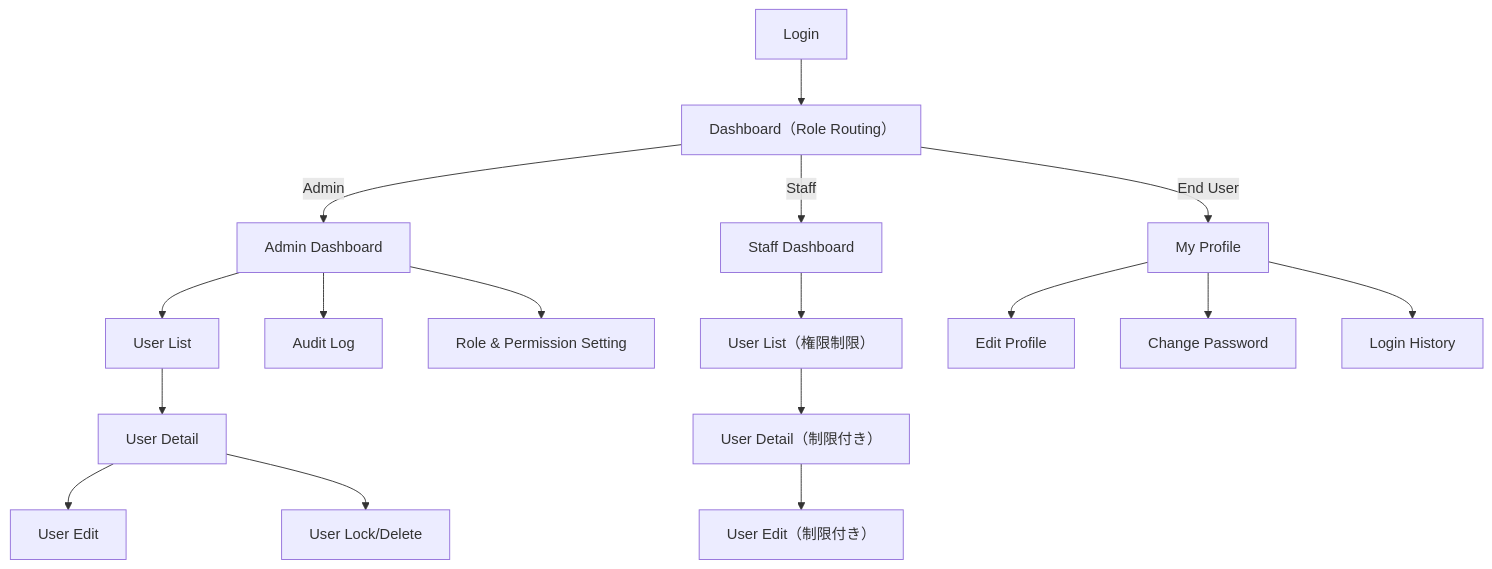
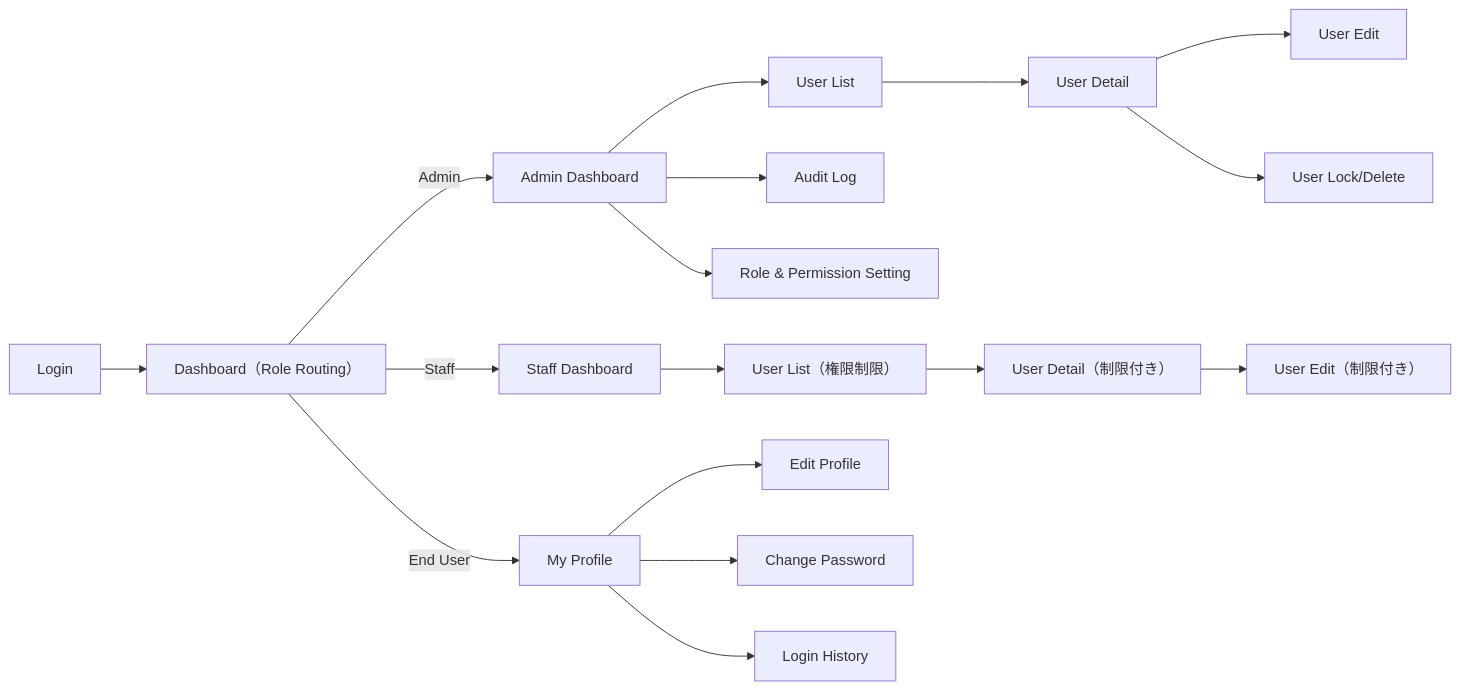
The first of 2 diagrams in docs/01-requirements/0101-system-requirements.md (hakudang/user-management-system), drawn with Mermaid before and after one commit. The commit also changed other lines of this file and 1 other file, not shown here.

Commit message:
feat(docs): update flowchart direction in system requirements and add use case specification document

````diff
--- a/docs/01-requirements/0101-system-requirements.md
+++ b/docs/01-requirements/0101-system-requirements.md
@@ -283,26 +283,26 @@
 ```mermaid
-flowchart TD
+flowchart LR
 
     L[Login] --> D[Dashboard（Role Routing）]
 
     %% Admin Flow %%%
     D -->|Admin| AD1[Admin Dashboard]
     AD1 --> AD2[User List]
     AD2 --> AD3[User Detail]
     AD3 --> AD4[User Edit]
     AD3 --> AD5[User Lock/Delete]
     AD1 --> AD6[Audit Log]
     AD1 --> AD7[Role & Permission Setting]
 
     %% Staff Flow %%%
     D -->|Staff| ST1[Staff Dashboard]
     ST1 --> ST2[User List（権限制限）]
     ST2 --> ST3[User Detail（制限付き）]
     ST3 --> ST4[User Edit（制限付き）]
 
     %% End User Flow %%%
     D -->|End User| EU1[My Profile]
     EU1 --> EU2[Edit Profile]
     EU1 --> EU3[Change Password]
     EU1 --> EU4[Login History]
 ```
````
